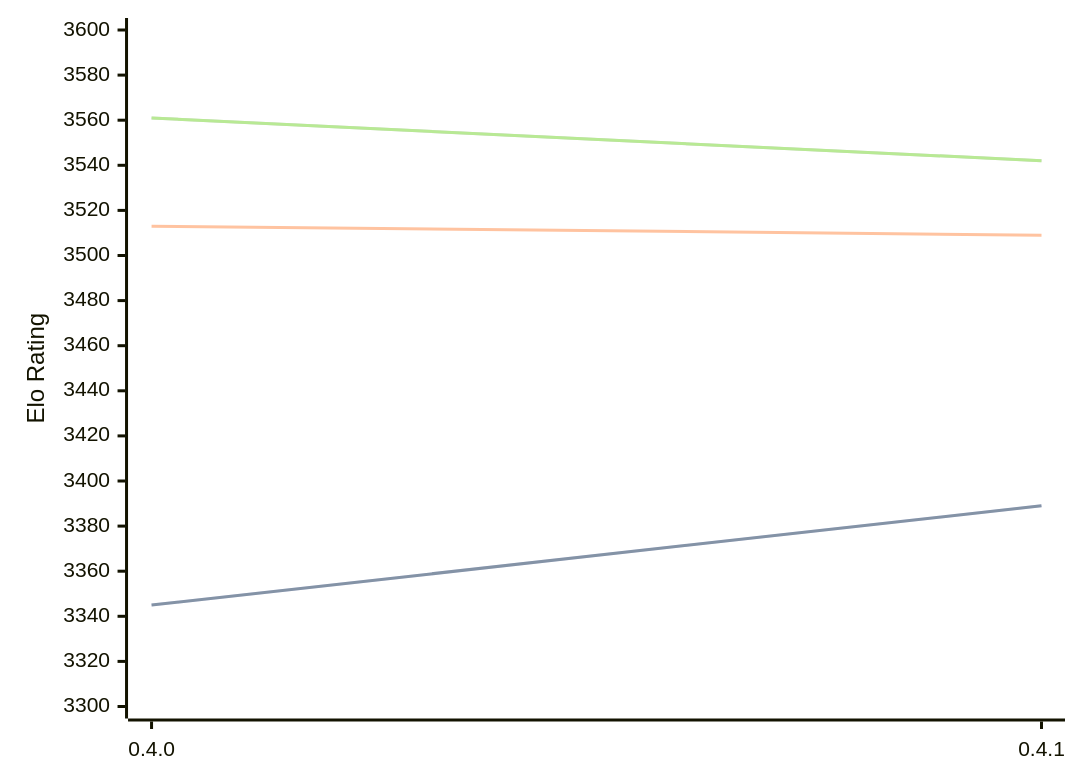
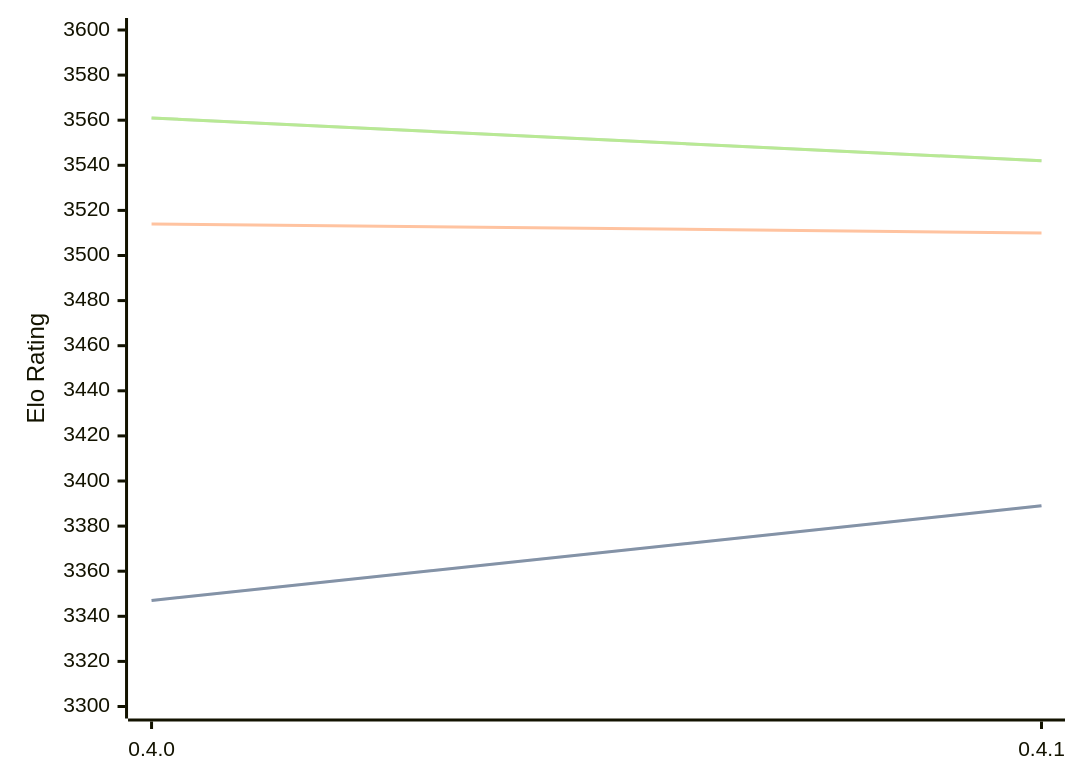
One commit to computer-chess-index/cci changed the diagram in engines/Cinder.md. Above: the diagram before and after it, drawn with Mermaid. The commit also changed other lines of this file, not shown here.

Commit message:
Update CCI Ratings (ELO VLTC) - 2026-04-24

````diff
--- a/engines/Cinder.md
+++ b/engines/Cinder.md
@@ -40,11 +40,11 @@
 ```mermaid
 %%{init: {"theme":"base","themeVariables":{"seriesColors:['#a3a3a3','#222221','#faa371']}}}%%
 xychart-beta
   x-axis ["0.4.0", "0.4.1"]
   y-axis "Elo Rating" 3300 --> 3600
-  line "STC (8.0+0.08s)" [3345, 3389]
-  line "STC (8.0+0.08s)" [3345, 3389]
-  line "LTC (60.0+0.60s)" [3513, 3509]
+  line "STC (8.0+0.08s)" [3347, 3389]
+  line "STC (8.0+0.08s)" [3347, 3389]
+  line "LTC (60.0+0.60s)" [3514, 3510]
   line "VLTC (2m24s+1.12s)" [3561, 3542]
   line "VLTC (2m24s+1.12s)" [3561, 3542]
 ```
````
